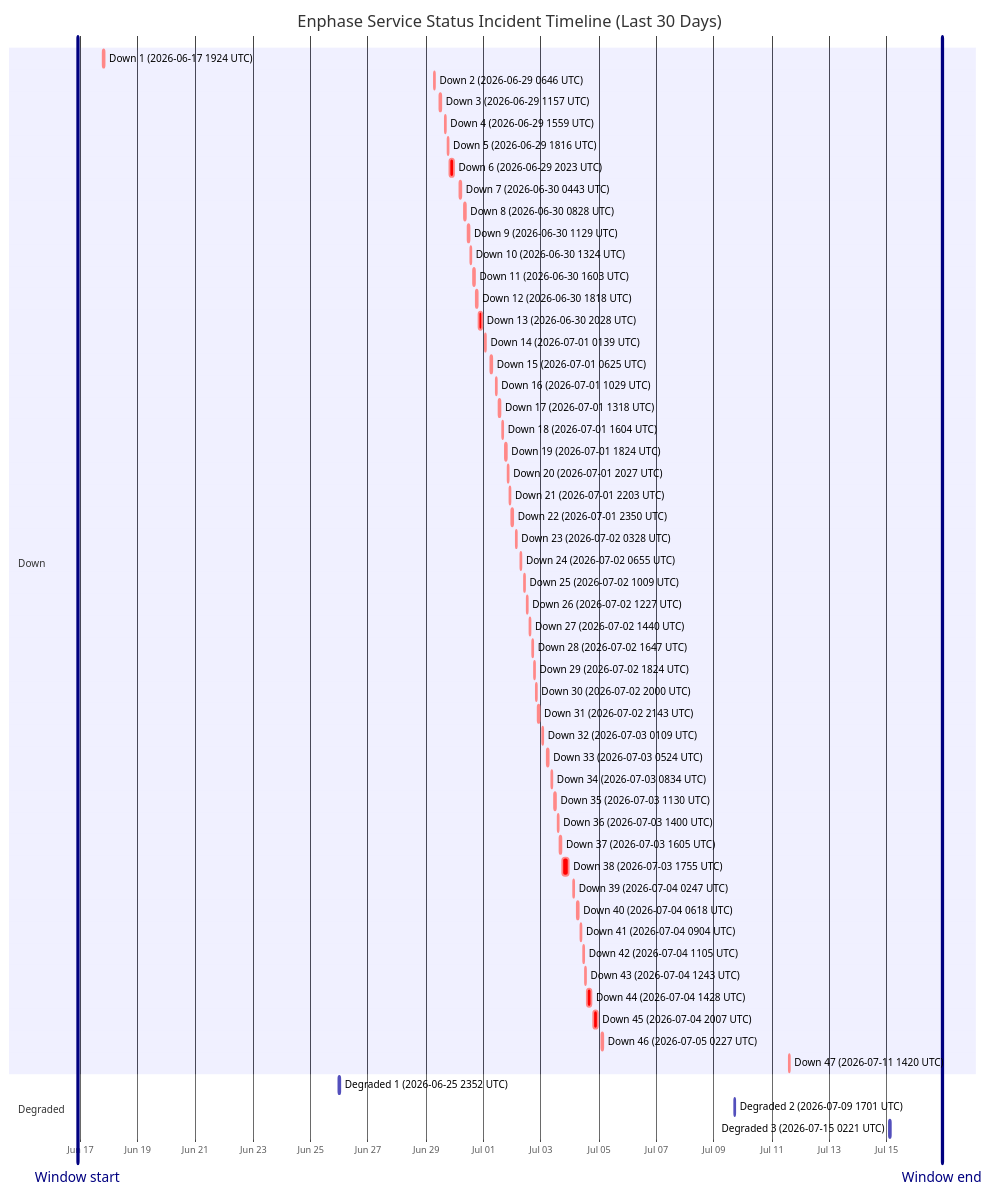
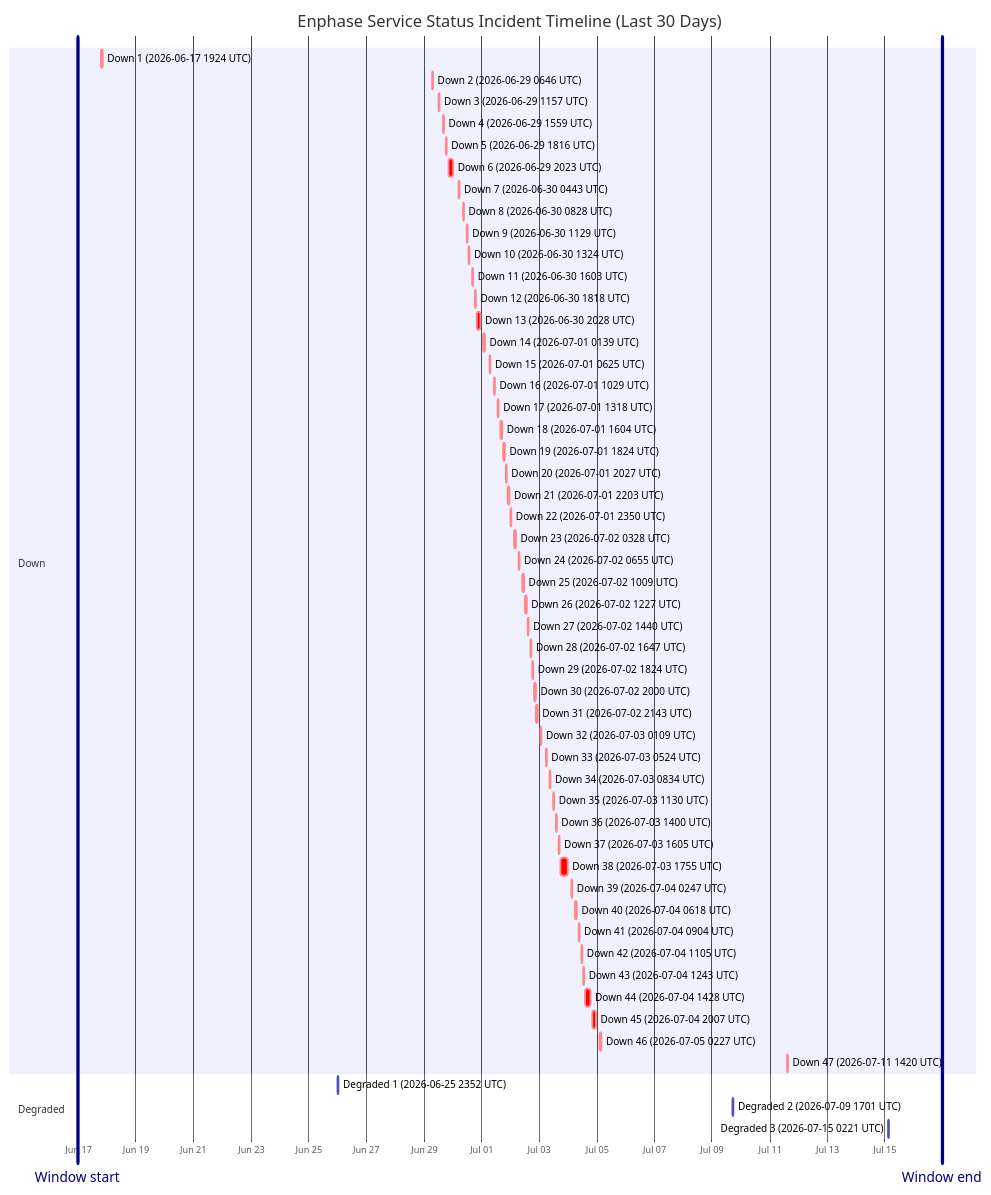
Before and after one commit to barneyonline/ha-enphase-energy: the diagram in wiki/Service-Status-History.md, drawn with Mermaid. The commit also changed other lines of this file and 3 other files, not shown here.

````diff
--- a/wiki/Service-Status-History.md
+++ b/wiki/Service-Status-History.md
@@ -14,60 +14,60 @@
 ```mermaid
 gantt
     title Enphase Service Status Incident Timeline (Last 30 Days)
     dateFormat  YYYY-MM-DDTHH:mm:ss
     axisFormat  %b %d
-    Window start :vert, window-start, 2026-06-16T22:02:39, 0ms
-    Window end :vert, window-end, 2026-07-16T22:02:39, 0ms
+    Window start :vert, window-start, 2026-06-16T23:24:05, 0ms
+    Window end :vert, window-end, 2026-07-16T23:24:05, 0ms
     section Down
     Down 1 (2026-06-17 1924 UTC) :crit, down-1, 2026-06-17T19:24:51, 60m
     Down 2 (2026-06-29 0646 UTC) :crit, down-2, 2026-06-29T06:46:18, 60m
     Down 3 (2026-06-29 1157 UTC) :crit, down-3, 2026-06-29T11:57:36, 60m
     Down 4 (2026-06-29 1559 UTC) :crit, down-4, 2026-06-29T15:59:02, 60m
     Down 5 (2026-06-29 1816 UTC) :crit, down-5, 2026-06-29T18:16:38, 60m
     Down 6 (2026-06-29 2023 UTC) :crit, down-6, 2026-06-29T20:23:16, 220m
     Down 7 (2026-06-30 0443 UTC) :crit, down-7, 2026-06-30T04:43:54, 60m
     Down 8 (2026-06-30 0828 UTC) :crit, down-8, 2026-06-30T08:28:43, 60m
     Down 9 (2026-06-30 1129 UTC) :crit, down-9, 2026-06-30T11:29:15, 60m
     Down 10 (2026-06-30 1324 UTC) :crit, down-10, 2026-06-30T13:24:25, 60m
     Down 11 (2026-06-30 1603 UTC) :crit, down-11, 2026-06-30T16:03:26, 60m
     Down 12 (2026-06-30 1818 UTC) :crit, down-12, 2026-06-30T18:18:39, 60m
     Down 13 (2026-06-30 2028 UTC) :crit, down-13, 2026-06-30T20:28:54, 171m
     Down 14 (2026-07-01 0139 UTC) :crit, down-14, 2026-07-01T01:39:18, 60m
     Down 15 (2026-07-01 0625 UTC) :crit, down-15, 2026-07-01T06:25:35, 60m
     Down 16 (2026-07-01 1029 UTC) :crit, down-16, 2026-07-01T10:29:24, 60m
     Down 17 (2026-07-01 1318 UTC) :crit, down-17, 2026-07-01T13:18:31, 60m
     Down 18 (2026-07-01 1604 UTC) :crit, down-18, 2026-07-01T16:04:29, 60m
     Down 19 (2026-07-01 1824 UTC) :crit, down-19, 2026-07-01T18:24:21, 60m
     Down 20 (2026-07-01 2027 UTC) :crit, down-20, 2026-07-01T20:27:17, 60m
     Down 21 (2026-07-01 2203 UTC) :crit, down-21, 2026-07-01T22:03:46, 60m
     Down 22 (2026-07-01 2350 UTC) :crit, down-22, 2026-07-01T23:50:52, 60m
     Down 23 (2026-07-02 0328 UTC) :crit, down-23, 2026-07-02T03:28:33, 60m
     Down 24 (2026-07-02 0655 UTC) :crit, down-24, 2026-07-02T06:55:07, 60m
     Down 25 (2026-07-02 1009 UTC) :crit, down-25, 2026-07-02T10:09:15, 60m
     Down 26 (2026-07-02 1227 UTC) :crit, down-26, 2026-07-02T12:27:49, 60m
     Down 27 (2026-07-02 1440 UTC) :crit, down-27, 2026-07-02T14:40:53, 60m
     Down 28 (2026-07-02 1647 UTC) :crit, down-28, 2026-07-02T16:47:47, 60m
     Down 29 (2026-07-02 1824 UTC) :crit, down-29, 2026-07-02T18:24:26, 60m
     Down 30 (2026-07-02 2000 UTC) :crit, down-30, 2026-07-02T20:00:57, 60m
     Down 31 (2026-07-02 2143 UTC) :crit, down-31, 2026-07-02T21:43:52, 80m
     Down 32 (2026-07-03 0109 UTC) :crit, down-32, 2026-07-03T01:09:19, 60m
     Down 33 (2026-07-03 0524 UTC) :crit, down-33, 2026-07-03T05:24:23, 60m
     Down 34 (2026-07-03 0834 UTC) :crit, down-34, 2026-07-03T08:34:05, 60m
     Down 35 (2026-07-03 1130 UTC) :crit, down-35, 2026-07-03T11:30:41, 60m
     Down 36 (2026-07-03 1400 UTC) :crit, down-36, 2026-07-03T14:00:48, 60m
     Down 37 (2026-07-03 1605 UTC) :crit, down-37, 2026-07-03T16:05:49, 60m
     Down 38 (2026-07-03 1755 UTC) :crit, down-38, 2026-07-03T17:55:54, 338m
     Down 39 (2026-07-04 0247 UTC) :crit, down-39, 2026-07-04T02:47:22, 60m
     Down 40 (2026-07-04 0618 UTC) :crit, down-40, 2026-07-04T06:18:09, 60m
     Down 41 (2026-07-04 0904 UTC) :crit, down-41, 2026-07-04T09:04:41, 60m
     Down 42 (2026-07-04 1105 UTC) :crit, down-42, 2026-07-04T11:05:21, 60m
     Down 43 (2026-07-04 1243 UTC) :crit, down-43, 2026-07-04T12:43:25, 60m
     Down 44 (2026-07-04 1428 UTC) :crit, down-44, 2026-07-04T14:28:07, 243m
     Down 45 (2026-07-04 2007 UTC) :crit, down-45, 2026-07-04T20:07:50, 206m
     Down 46 (2026-07-05 0227 UTC) :crit, down-46, 2026-07-05T02:27:32, 109m
     Down 47 (2026-07-11 1420 UTC) :crit, down-47, 2026-07-11T14:20:54, 69m
     section Degraded
     Degraded 1 (2026-06-25 2352 UTC) :active, degraded-1, 2026-06-25T23:52:01, 60m
     Degraded 2 (2026-07-09 1701 UTC) :active, degraded-2, 2026-07-09T17:01:02, 60m
     Degraded 3 (2026-07-15 0221 UTC) :active, degraded-3, 2026-07-15T02:21:35, 60m
 ```
````
